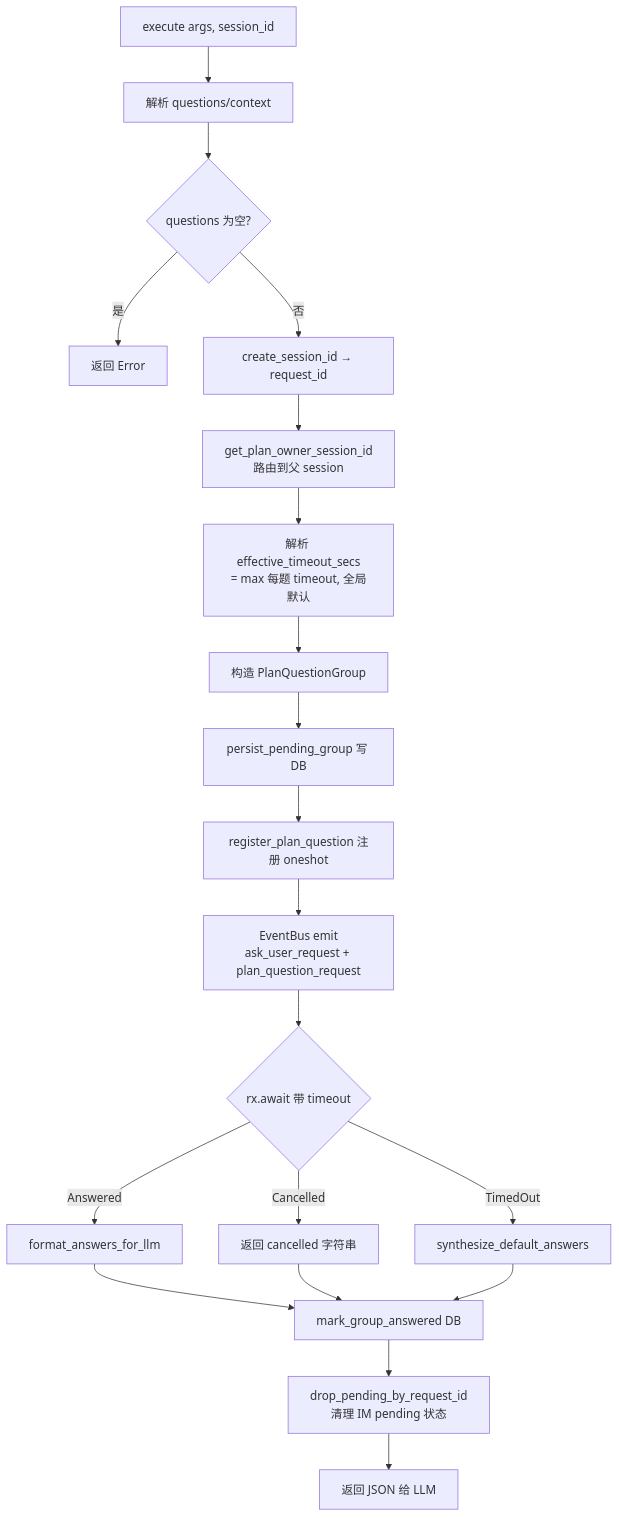
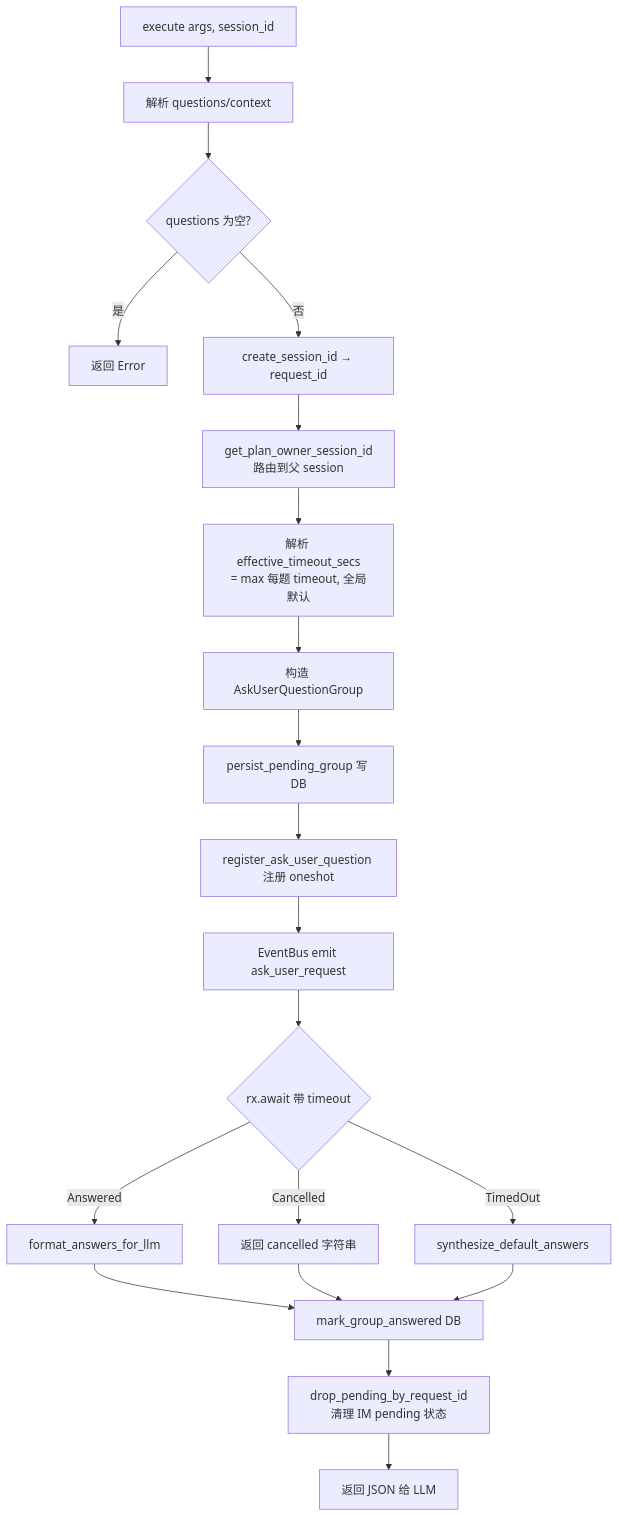
Before and after one commit to shiwenwen/hope-agent: the diagram in docs/architecture/ask-user.md, drawn with Mermaid. The commit also changed other lines of this file and 39 other files, not shown here.

First line of the commit message:
refactor: 移除 plan_question 旧名兼容，统一为 ask_user_question

````diff
--- a/docs/architecture/ask-user.md
+++ b/docs/architecture/ask-user.md
@@ -175,22 +171,22 @@
 ```mermaid
 flowchart TD
     A[execute args, session_id] --> B[解析 questions/context]
     B --> C{questions 为空?}
     C -->|是| D[返回 Error]
     C -->|否| E[create_session_id → request_id]
     E --> F[get_plan_owner_session_id<br/>路由到父 session]
     F --> G[解析 effective_timeout_secs<br/>= max 每题 timeout, 全局默认]
-    G --> H[构造 PlanQuestionGroup]
+    G --> H[构造 AskUserQuestionGroup]
     H --> I[persist_pending_group 写 DB]
-    I --> J[register_plan_question 注册 oneshot]
-    J --> K[EventBus emit<br/>ask_user_request + plan_question_request]
+    I --> J[register_ask_user_question 注册 oneshot]
+    J --> K[EventBus emit ask_user_request]
     K --> L{rx.await 带 timeout}
     L -->|Answered| M[format_answers_for_llm]
     L -->|Cancelled| N[返回 cancelled 字符串]
     L -->|TimedOut| O[synthesize_default_answers]
     M --> P[mark_group_answered DB]
     N --> P
     O --> P
     P --> Q[drop_pending_by_request_id<br/>清理 IM pending 状态]
     Q --> R[返回 JSON 给 LLM]
 ```
````
